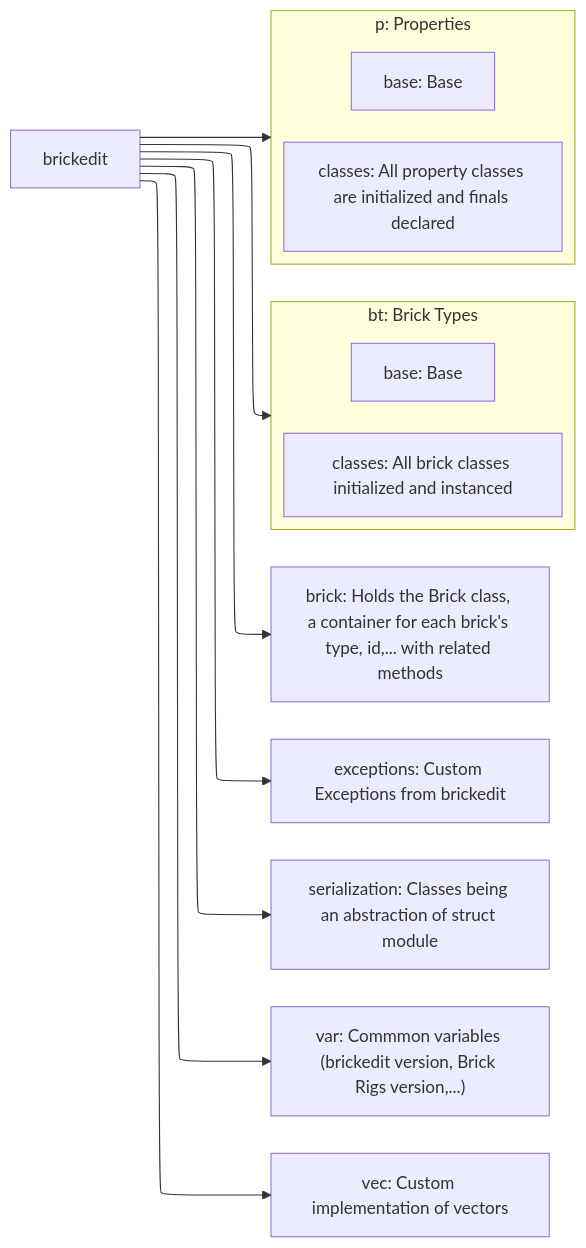
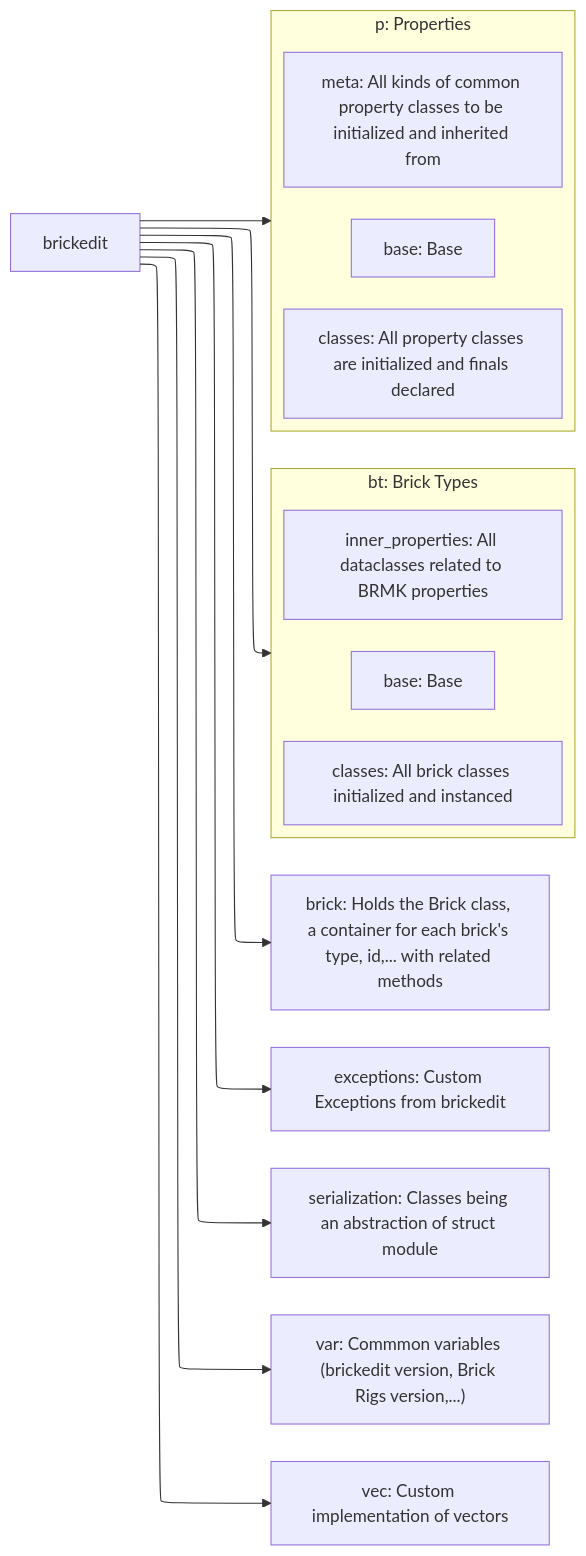
One commit to MrPerruche/BrickEdit changed the diagram in doc/internal/structure.md. Above: the diagram before and after it, drawn with Mermaid. The commit also changed 5 other files, not shown here.

````diff
--- a/doc/internal/structure.md
+++ b/doc/internal/structure.md
@@ -10,30 +10,32 @@
 ```mermaid
 flowchart LR
 
     %%{init: {"flowchart": {"defaultRenderer": "elk"}}}%%
 
     %% Nodes
     SRC[brickedit]
     subgraph BT[bt: Brick Types]
         BT_B[base: Base]
         BT_C["classes: All brick classes initialized and instanced"]
+        BT_I["inner_properties: All dataclasses related to BRMK properties"]
     end
     subgraph P[p: Properties]
         P_B[base: Base]
         P_C["classes: All property classes are initialized and finals declared"]
+        P_M["meta: All kinds of common property classes to be initialized and inherited from"]
     end
     BRICK["brick: Holds the Brick class, a container for each brick's type, id,... with related methods"]
     EXC["exceptions: Custom Exceptions from brickedit"]
     SRZ["serialization: Classes being an abstraction of struct module"]
     VAR["var: Commmon variables (brickedit version, Brick Rigs version,...)"]
     VEC["vec: Custom implementation of vectors"]
 
     %% LINKS
     SRC --> BT
     SRC --> P
     SRC --> BRICK
     SRC --> EXC
     SRC --> SRZ
     SRC --> VAR
     SRC --> VEC
 ```
````
